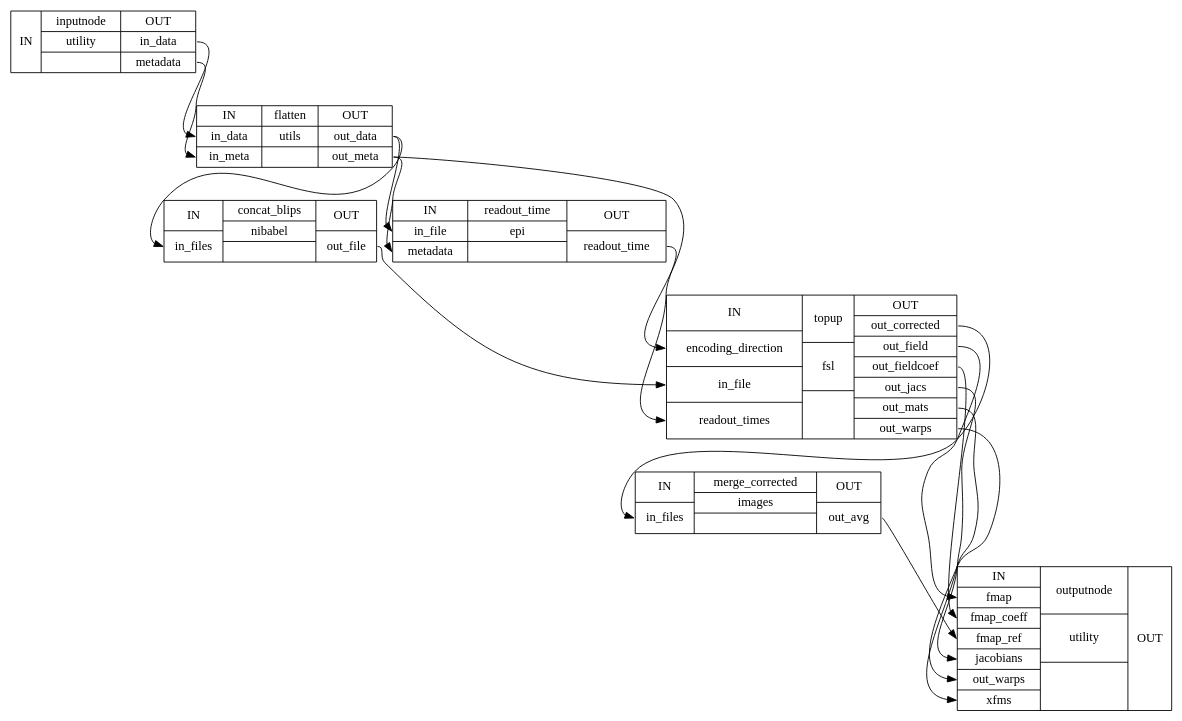
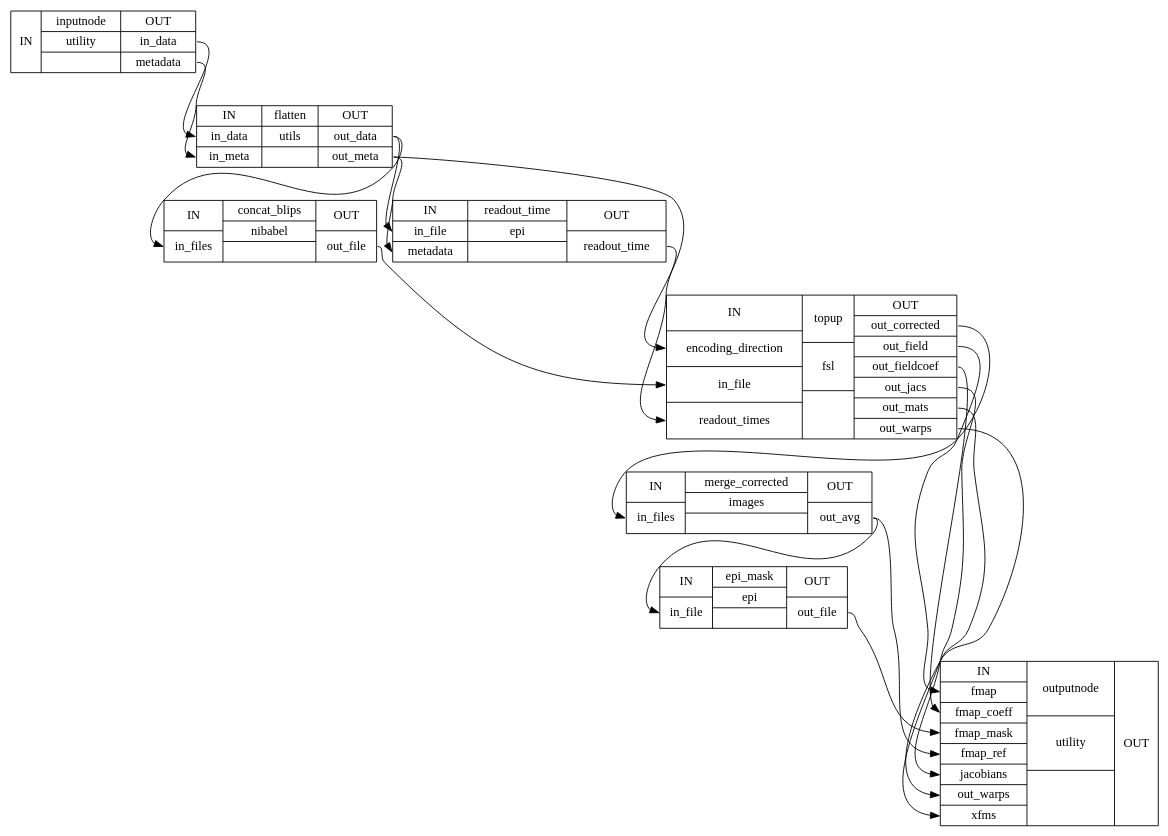
One commit to wayne009007/sdcflows changed the diagram in wf_directive/api/pepolar_estimate_wf/sdcflows-workflows-fit-pepolar-2_detailed.dot. Above: the diagram before and after it, drawn with Graphviz. The commit also changed 1875 other files, not shown here.

```diff
--- a/wf_directive/api/pepolar_estimate_wf/sdcflows-workflows-fit-pepolar-2_detailed.dot
+++ b/wf_directive/api/pepolar_estimate_wf/sdcflows-workflows-fit-pepolar-2_detailed.dot
@@ -1,25 +1,28 @@
 digraph structs {
 node [shape=record];
 pepolar_estimate_wfinputnode [label="{IN}|{ inputnode | utility |  }|{OUT|<outindata> in_data|<outmetadata> metadata}"];
 pepolar_estimate_wfflatten [label="{IN|<inindata> in_data|<ininmeta> in_meta}|{ flatten | utils |  }|{OUT|<outoutdata> out_data|<outoutmeta> out_meta}"];
 pepolar_estimate_wfconcat_blips [label="{IN|<ininfiles> in_files}|{ concat_blips | nibabel |  }|{OUT|<outoutfile> out_file}"];
 pepolar_estimate_wfreadout_time [label="{IN|<ininfile> in_file|<inmetadata> metadata}|{ readout_time | epi |  }|{OUT|<outreadouttime> readout_time}"];
 pepolar_estimate_wftopup [label="{IN|<inencodingdirection> encoding_direction|<ininfile> in_file|<inreadouttimes> readout_times}|{ topup | fsl |  }|{OUT|<outoutcorrected> out_corrected|<outoutfield> out_field|<outoutfieldcoef> out_fieldcoef|<outoutjacs> out_jacs|<outoutmats> out_mats|<outoutwarps> out_warps}"];
 pepolar_estimate_wfmerge_corrected [label="{IN|<ininfiles> in_files}|{ merge_corrected | images |  }|{OUT|<outoutavg> out_avg}"];
-pepolar_estimate_wfoutputnode [label="{IN|<infmap> fmap|<infmapcoeff> fmap_coeff|<infmapref> fmap_ref|<injacobians> jacobians|<inoutwarps> out_warps|<inxfms> xfms}|{ outputnode | utility |  }|{OUT}"];
+pepolar_estimate_wfepi_mask [label="{IN|<ininfile> in_file}|{ epi_mask | epi |  }|{OUT|<outoutfile> out_file}"];
+pepolar_estimate_wfoutputnode [label="{IN|<infmap> fmap|<infmapcoeff> fmap_coeff|<infmapmask> fmap_mask|<infmapref> fmap_ref|<injacobians> jacobians|<inoutwarps> out_warps|<inxfms> xfms}|{ outputnode | utility |  }|{OUT}"];
 pepolar_estimate_wfconcat_blips:outoutfile:e -> pepolar_estimate_wftopup:ininfile:w;
+pepolar_estimate_wfepi_mask:outoutfile:e -> pepolar_estimate_wfoutputnode:infmapmask:w;
 pepolar_estimate_wfflatten:outoutdata:e -> pepolar_estimate_wfconcat_blips:ininfiles:w;
 pepolar_estimate_wfflatten:outoutdata:e -> pepolar_estimate_wfreadout_time:ininfile:w;
 pepolar_estimate_wfflatten:outoutmeta:e -> pepolar_estimate_wfreadout_time:inmetadata:w;
 pepolar_estimate_wfflatten:outoutmeta:e -> pepolar_estimate_wftopup:inencodingdirection:w;
 pepolar_estimate_wfinputnode:outindata:e -> pepolar_estimate_wfflatten:inindata:w;
 pepolar_estimate_wfinputnode:outmetadata:e -> pepolar_estimate_wfflatten:ininmeta:w;
+pepolar_estimate_wfmerge_corrected:outoutavg:e -> pepolar_estimate_wfepi_mask:ininfile:w;
 pepolar_estimate_wfmerge_corrected:outoutavg:e -> pepolar_estimate_wfoutputnode:infmapref:w;
 pepolar_estimate_wfreadout_time:outreadouttime:e -> pepolar_estimate_wftopup:inreadouttimes:w;
 pepolar_estimate_wftopup:outoutcorrected:e -> pepolar_estimate_wfmerge_corrected:ininfiles:w;
 pepolar_estimate_wftopup:outoutfield:e -> pepolar_estimate_wfoutputnode:infmap:w;
 pepolar_estimate_wftopup:outoutfieldcoef:e -> pepolar_estimate_wfoutputnode:infmapcoeff:w;
 pepolar_estimate_wftopup:outoutjacs:e -> pepolar_estimate_wfoutputnode:injacobians:w;
 pepolar_estimate_wftopup:outoutmats:e -> pepolar_estimate_wfoutputnode:inxfms:w;
 pepolar_estimate_wftopup:outoutwarps:e -> pepolar_estimate_wfoutputnode:inoutwarps:w;
 }
```
